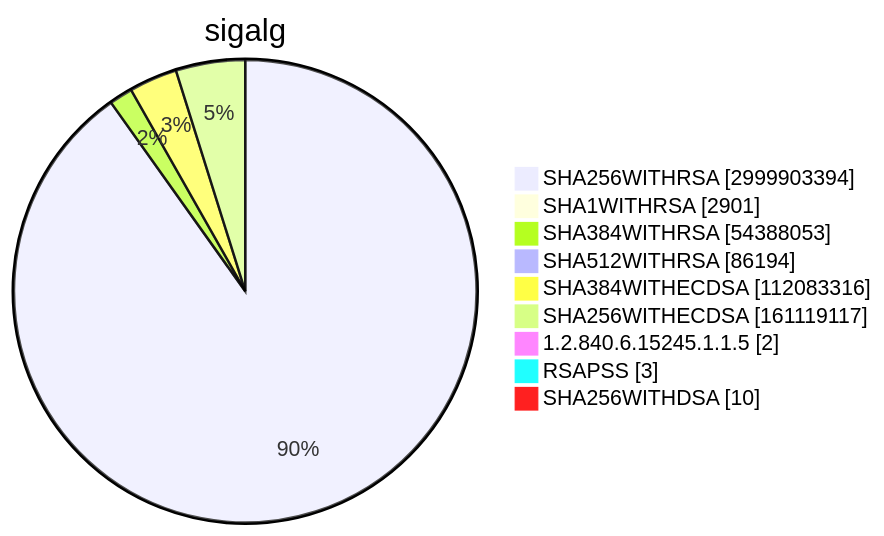
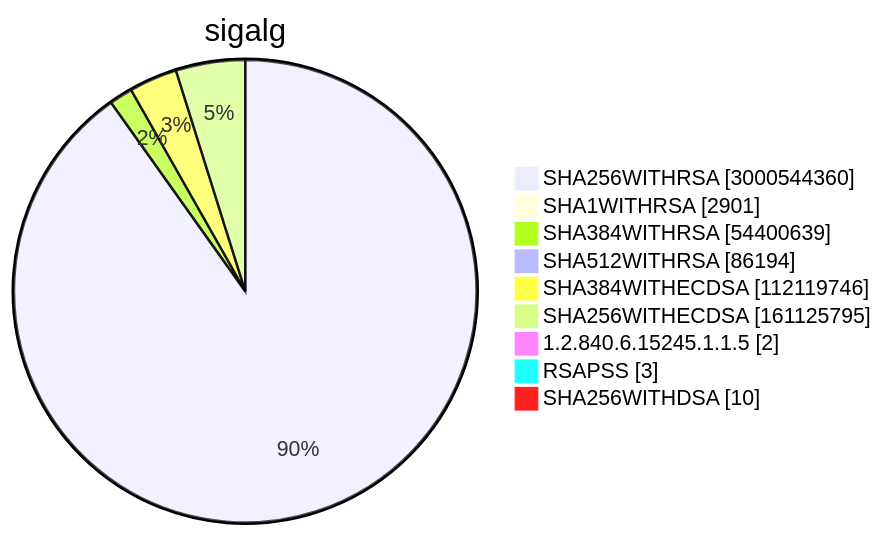
One commit to christiankrug/ctmonitor_visualization changed diagram 15 of 15 in TOTAL/README.md. Above: the diagram before and after it, drawn with Mermaid. The commit also changed other lines of this file, not shown here.

````diff
--- a/TOTAL/README.md
+++ b/TOTAL/README.md
@@ -6208,13 +6208,13 @@
 ```mermaid
 pie showData
 title sigalg
-"SHA256WITHRSA" :2999903394
+"SHA256WITHRSA" :3000544360
 "SHA1WITHRSA" :2901
-"SHA384WITHRSA" :54388053
+"SHA384WITHRSA" :54400639
 "SHA512WITHRSA" :86194
-"SHA384WITHECDSA" :112083316
-"SHA256WITHECDSA" :161119117
+"SHA384WITHECDSA" :112119746
+"SHA256WITHECDSA" :161125795
 "1.2.840.6.15245.1.1.5" :2
 "RSAPSS" :3
 "SHA256WITHDSA" :10
 ```
````
